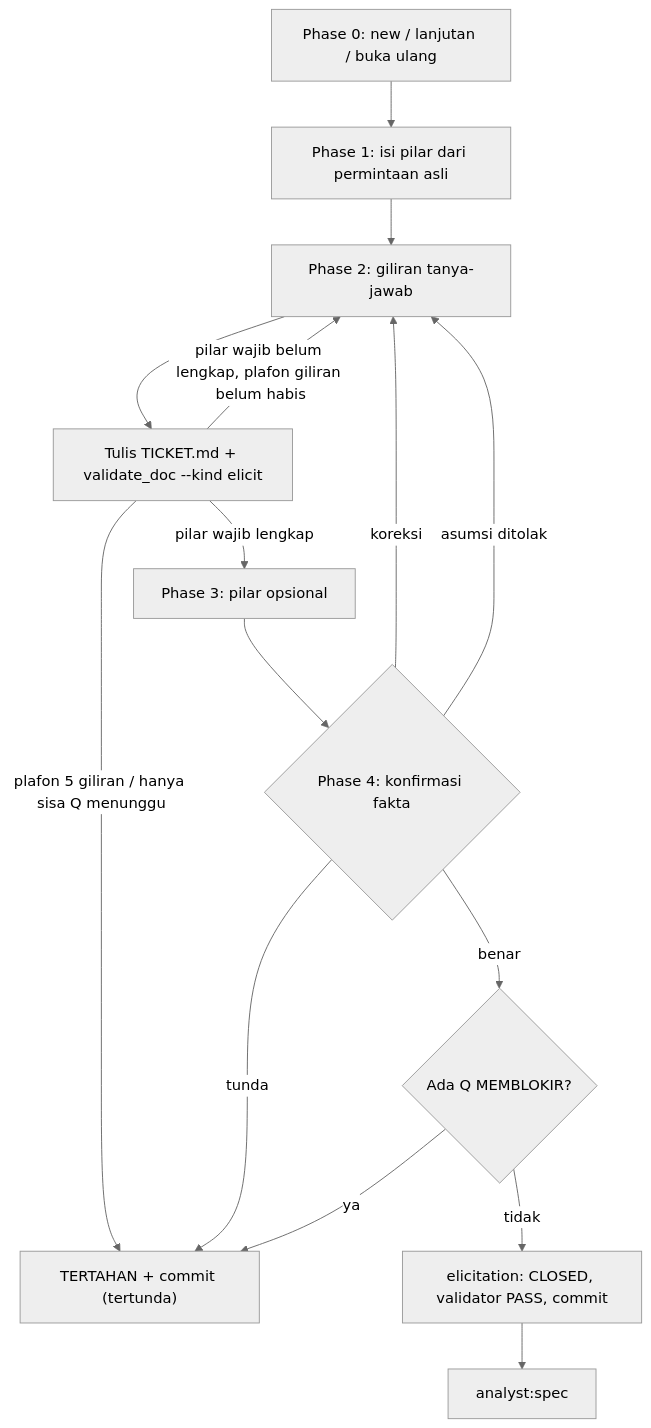
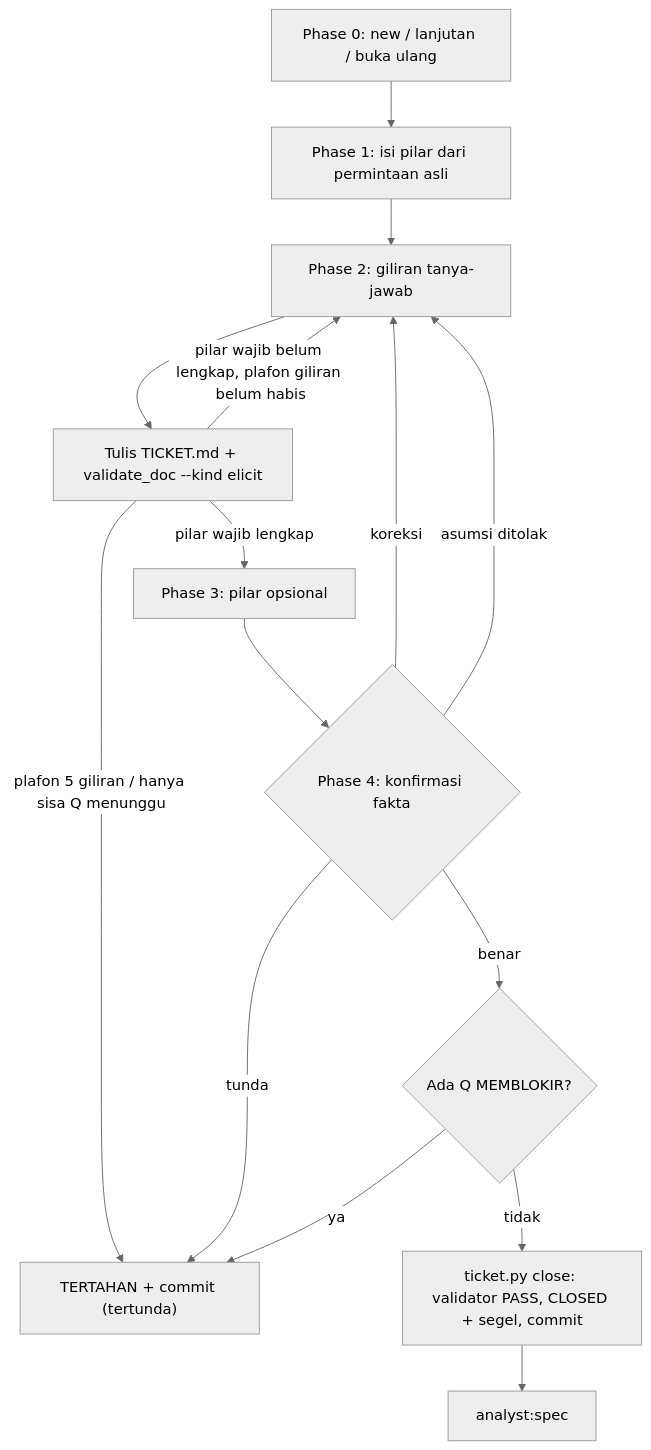
One commit to nataflow/agentic-workflow changed the second of 4 diagrams in flow/analyst.md. Above: the diagram before and after it, drawn with Mermaid (neutral theme). The commit also changed other lines of this file and 10 other files, not shown here.

First line of the commit message:
docs(analyst): selaraskan SKILL, template, reviewer, README, dan flow dengan close, segel, dan new (10 G10)

````diff
--- a/flow/analyst.md
+++ b/flow/analyst.md
@@ -147,17 +151,17 @@
 ```mermaid
 flowchart TD
     E0["Phase 0: new / lanjutan / buka ulang"] --> E1["Phase 1: isi pilar dari permintaan asli"]
     E1 --> E2["Phase 2: giliran tanya-jawab"]
     E2 --> W["Tulis TICKET.md + validate_doc --kind elicit"]
     W -->|"pilar wajib belum lengkap, plafon giliran belum habis"| E2
     W -->|"plafon 5 giliran / hanya sisa Q menunggu"| T["TERTAHAN + commit (tertunda)"]
     W -->|"pilar wajib lengkap"| E3["Phase 3: pilar opsional"]
     E3 --> E4{"Phase 4: konfirmasi fakta"}
     E4 -->|"koreksi"| E2
     E4 -->|"asumsi ditolak"| E2
     E4 -->|"tunda"| T
     E4 -->|"benar"| E5{"Ada Q MEMBLOKIR?"}
     E5 -->|"ya"| T
-    E5 -->|"tidak"| C["elicitation: CLOSED, validator PASS, commit"]
+    E5 -->|"tidak"| C["ticket.py close: validator PASS, CLOSED + segel, commit"]
     C --> S["analyst:spec"]
 ```
````
